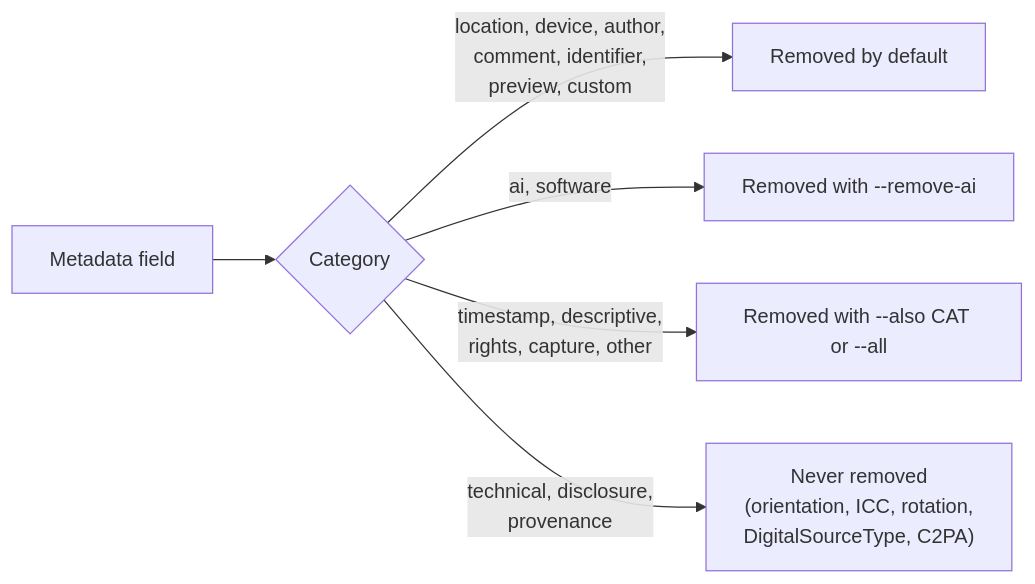
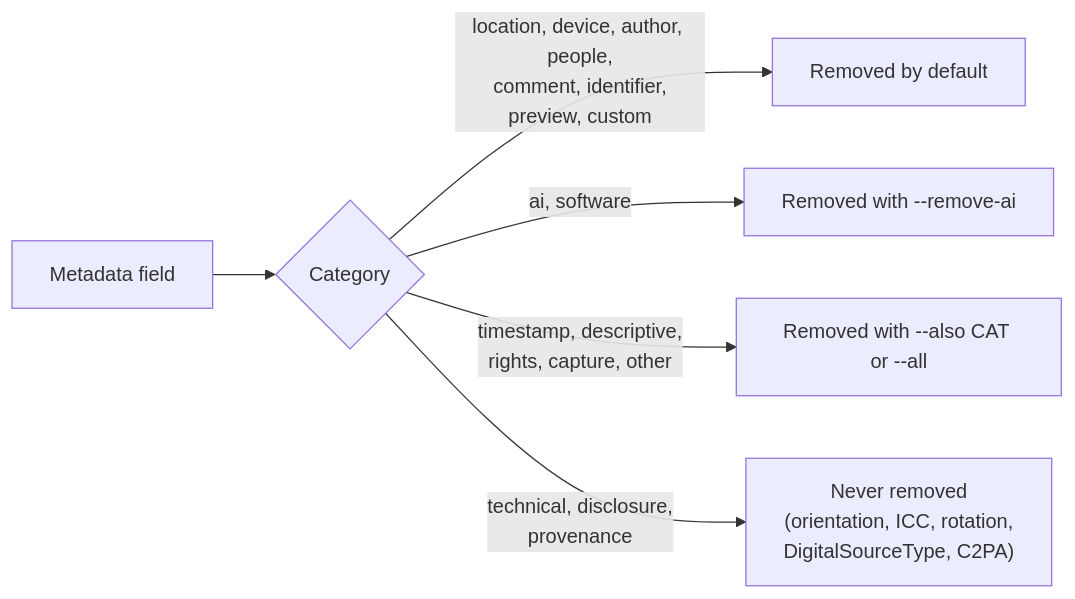
The third of 3 diagrams in README.md (CodeWithLakxsh/veriscrub), drawn with Mermaid before and after one commit. The commit also changed other lines of this file and 10 other files, not shown here.

````diff
--- a/README.md
+++ b/README.md
@@ -66,8 +66,8 @@
 ```mermaid
 flowchart LR
     F["Metadata field"] --> Q{"Category"}
-    Q -->|"location, device, author,<br/>comment, identifier,<br/>preview, custom"| R1["Removed by default"]
+    Q -->|"location, device, author, people,<br/>comment, identifier,<br/>preview, custom"| R1["Removed by default"]
     Q -->|"ai, software"| R2["Removed with --remove-ai"]
     Q -->|"timestamp, descriptive,<br/>rights, capture, other"| R3["Removed with --also CAT or --all"]
     Q -->|"technical, disclosure,<br/>provenance"| R4["Never removed<br/>(orientation, ICC, rotation,<br/>DigitalSourceType, C2PA)"]
 ```
````
